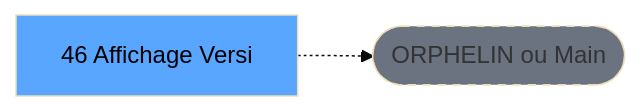
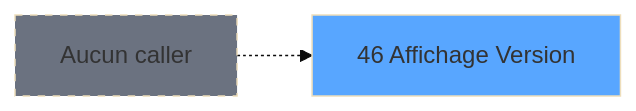
Before and after one commit to thonyAGP/magic-migration: the second of 3 diagrams in .openspec/specs/ADH-IDE-46.md, drawn with Mermaid (base theme). The commit also changed other lines of this file and 311 other files, not shown here.

````diff
--- a/.openspec/specs/ADH-IDE-46.md
+++ b/.openspec/specs/ADH-IDE-46.md
@@ -121,8 +124,8 @@
 ```mermaid
 graph LR
-    T[46 Affichage Versi]
-    ORPHAN([ORPHELIN ou Main])
-    T -.-> ORPHAN
-    style T fill:#58a6ff,color:#000
-    style ORPHAN fill:#6b7280,stroke-dasharray: 5 5
+    T46[46 Affichage Version]
+    style T46 fill:#58a6ff
+    NONE[Aucun caller]
+    NONE -.-> T46
+    style NONE fill:#6b7280,stroke-dasharray: 5 5
 ```
````
